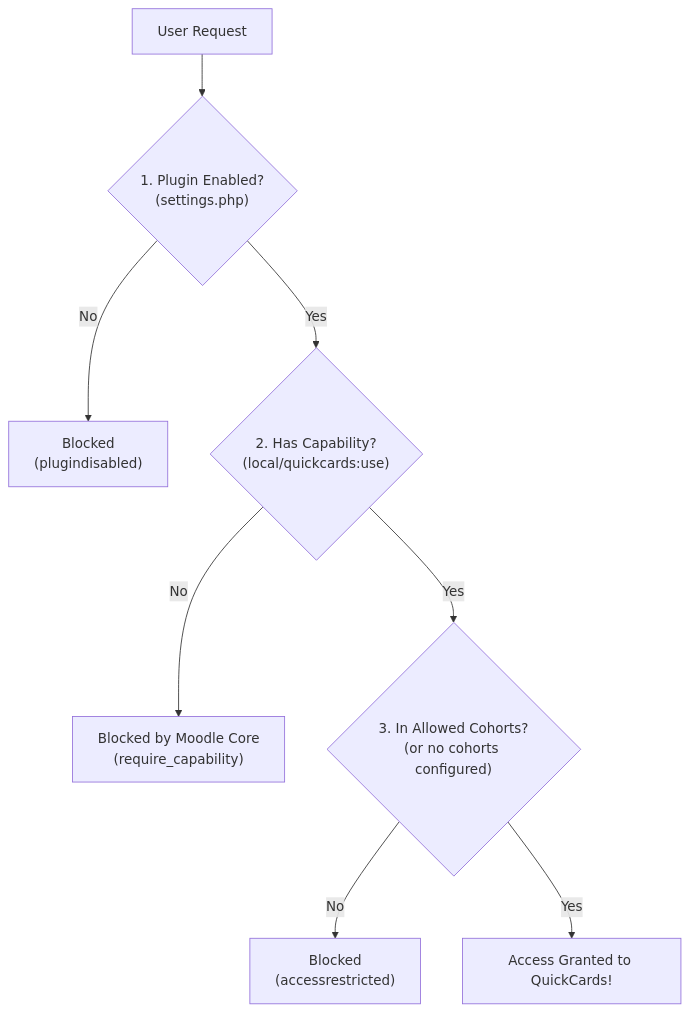
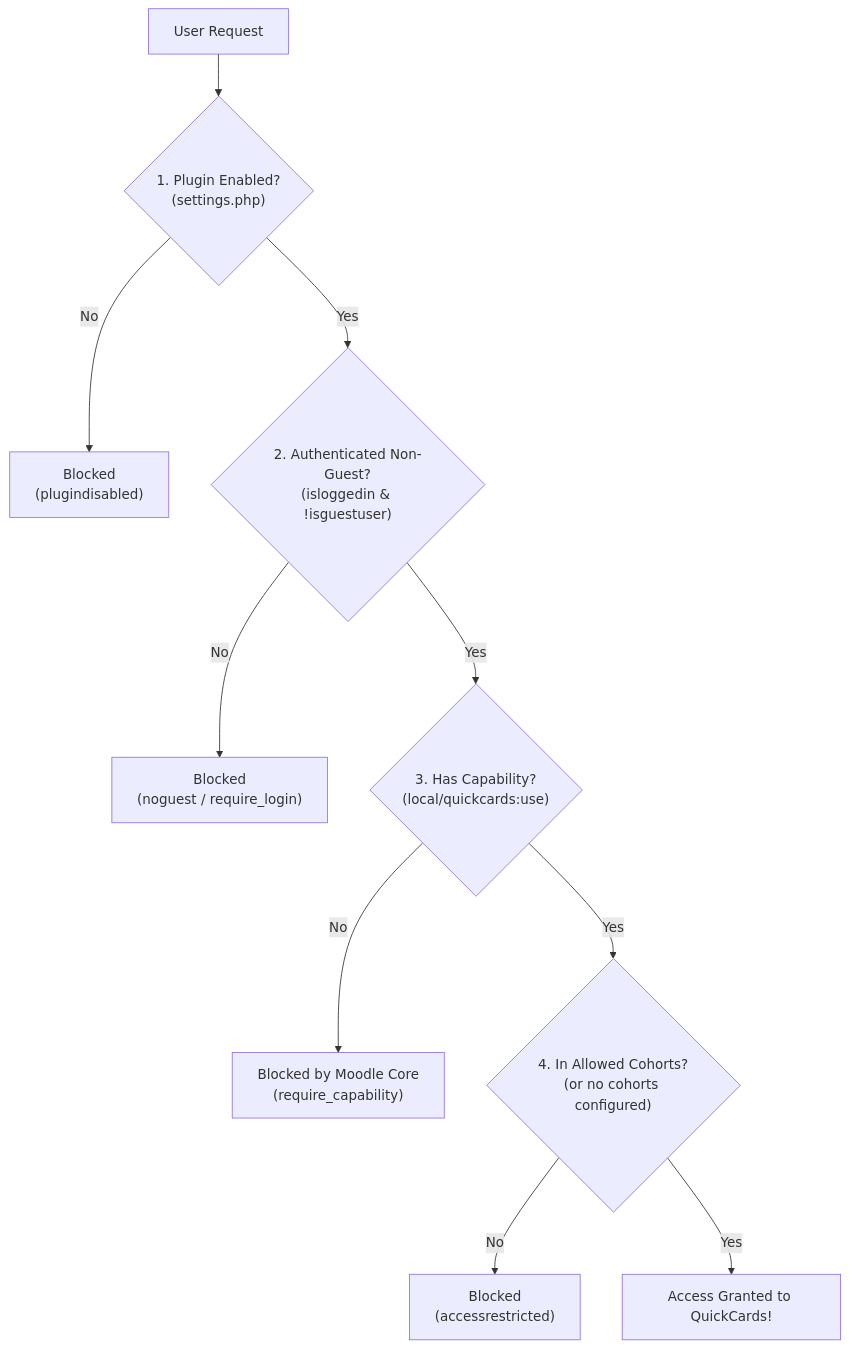
One commit to Matheu46/moodle-local_quickcards changed the diagram in README.md. Above: the diagram before and after it, drawn with Mermaid. The commit also changed other lines of this file and 14 other files, not shown here.

Commit message:
feat: Enhance access control by enforcing capability checks and preventing guest user access across QuickCards API endpoints

````diff
--- a/README.md
+++ b/README.md
@@ -11,10 +23,12 @@
 ```mermaid
 flowchart TD
     A["User Request"] --> B{"1. Plugin Enabled?<br/>(settings.php)"}
     B -- No --> B1["Blocked<br/>(plugindisabled)"]
-    B -- Yes --> C{"2. Has Capability?<br/>(local/quickcards:use)"}
-    C -- No --> C1["Blocked by Moodle Core<br/>(require_capability)"]
-    C -- Yes --> D{"3. In Allowed Cohorts?<br/>(or no cohorts configured)"}
-    D -- No --> D1["Blocked<br/>(accessrestricted)"]
-    D -- Yes --> E["Access Granted to QuickCards!"]
+    B -- Yes --> C{"2. Authenticated Non-Guest?<br/>(isloggedin & !isguestuser)"}
+    C -- No --> C1["Blocked<br/>(noguest / require_login)"]
+    C -- Yes --> D{"3. Has Capability?<br/>(local/quickcards:use)"}
+    D -- No --> D1["Blocked by Moodle Core<br/>(require_capability)"]
+    D -- Yes --> E{"4. In Allowed Cohorts?<br/>(or no cohorts configured)"}
+    E -- No --> E1["Blocked<br/>(accessrestricted)"]
+    E -- Yes --> F["Access Granted to QuickCards!"]
 ```
````
